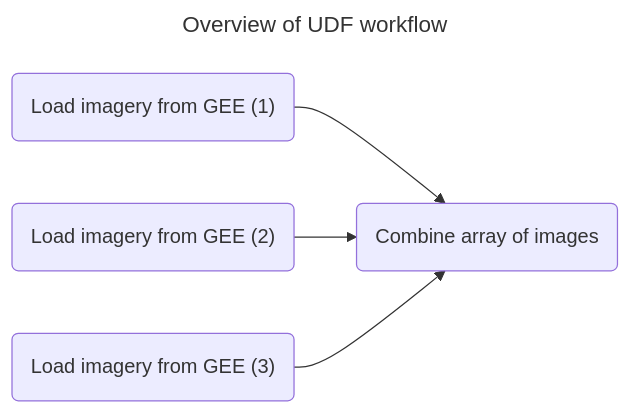
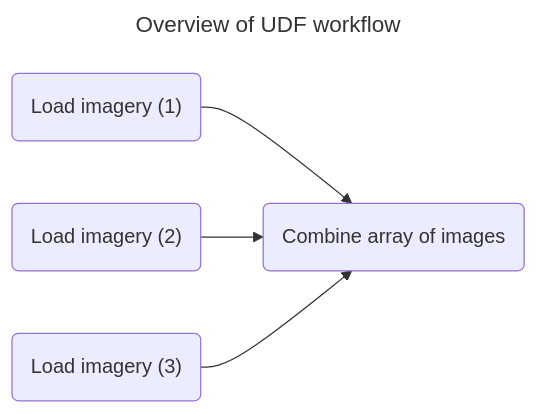
The diagram in blog/2024-09-24-marie/index.mdx (fusedio/fused-docs), drawn with Mermaid before and after one commit. The commit also changed other lines of this file, not shown here.

````diff
--- a/blog/2024-09-24-marie/index.mdx
+++ b/blog/2024-09-24-marie/index.mdx
@@ -65,9 +65,9 @@
 ```mermaid
 ---
 title: Overview of UDF workflow
 ---
 graph LR
-    B("Load imagery from GEE (1)")  -->  A("Combine array of images")
-    C("Load imagery from GEE (2)")  -->  A
-    D("Load imagery from GEE (3)")  -->  A
+    B("Load imagery (1)")  -->  A("Combine array of images")
+    C("Load imagery (2)")  -->  A
+    D("Load imagery (3)")  -->  A
 ```
````
